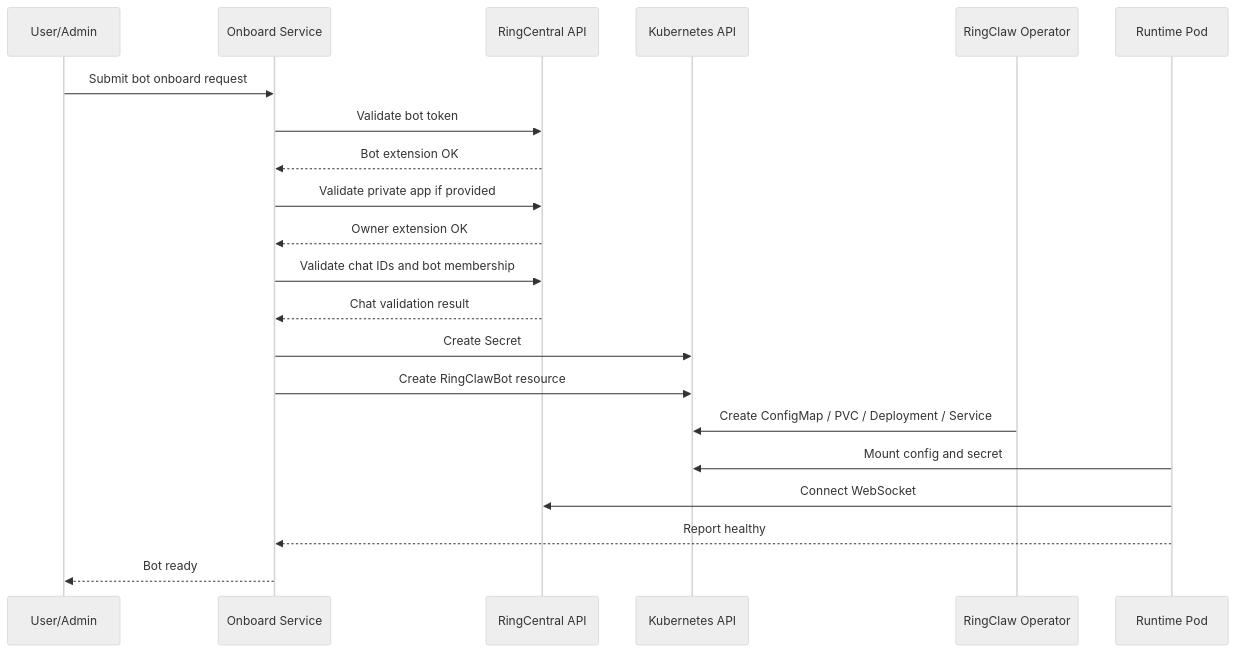
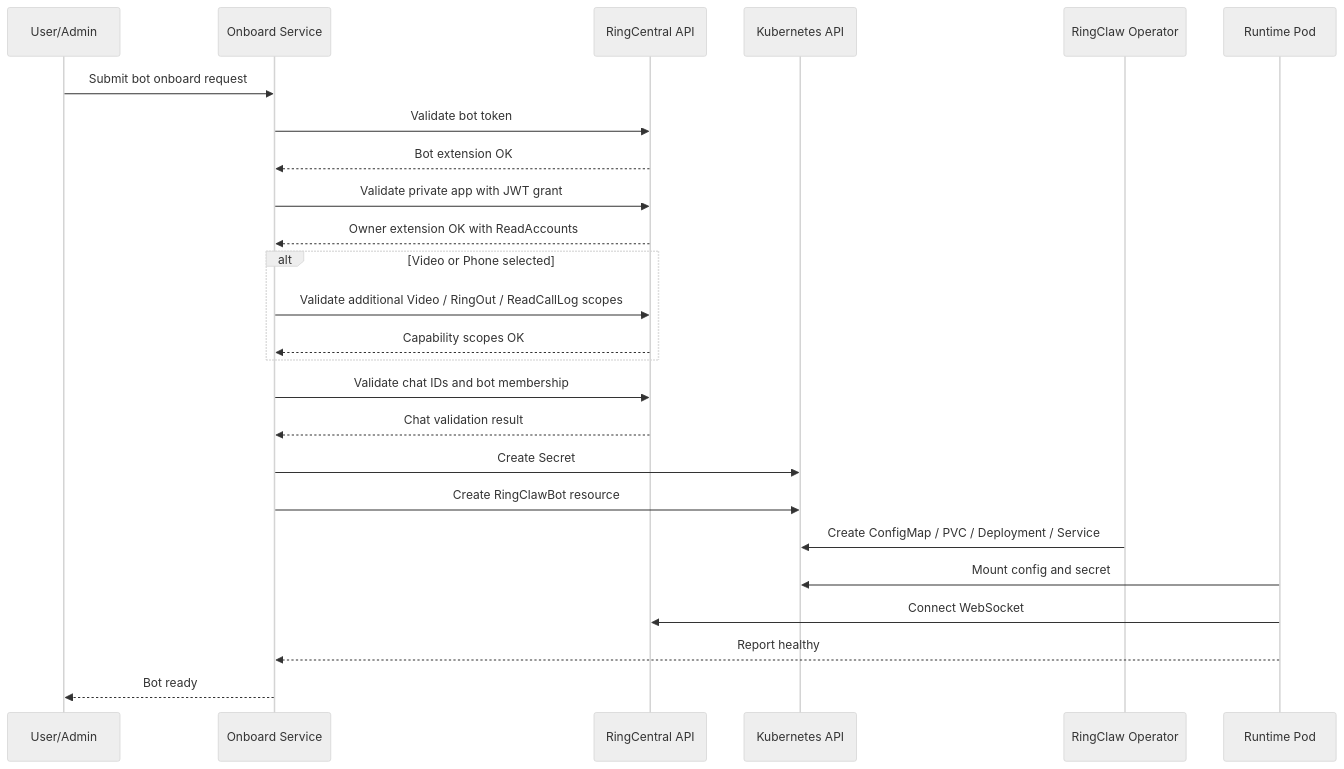
One commit to ringclaw/ringclaw changed the fourth of 7 diagrams in docs/architecture/personal-ava-bot-platform.md. Above: the diagram before and after it, drawn with Mermaid (neutral theme). The commit also changed other lines of this file and 6 other files, not shown here.

Commit message:
docs: require private JWT app for onboarding

````diff
--- a/docs/architecture/personal-ava-bot-platform.md
+++ b/docs/architecture/personal-ava-bot-platform.md
@@ -171,24 +180,28 @@
 ```mermaid
 sequenceDiagram
   participant U as User/Admin
   participant O as Onboard Service
   participant RC as RingCentral API
   participant K as Kubernetes API
   participant OP as RingClaw Operator
   participant R as Runtime Pod
 
   U->>O: Submit bot onboard request
   O->>RC: Validate bot token
   RC-->>O: Bot extension OK
-  O->>RC: Validate private app if provided
-  RC-->>O: Owner extension OK
+  O->>RC: Validate private app with JWT grant
+  RC-->>O: Owner extension OK with ReadAccounts
+  alt Video or Phone selected
+    O->>RC: Validate additional Video / RingOut / ReadCallLog scopes
+    RC-->>O: Capability scopes OK
+  end
   O->>RC: Validate chat IDs and bot membership
   RC-->>O: Chat validation result
   O->>K: Create Secret
   O->>K: Create RingClawBot resource
   OP->>K: Create ConfigMap / PVC / Deployment / Service
   R->>K: Mount config and secret
   R->>RC: Connect WebSocket
   R-->>O: Report healthy
   O-->>U: Bot ready
 ```
````
